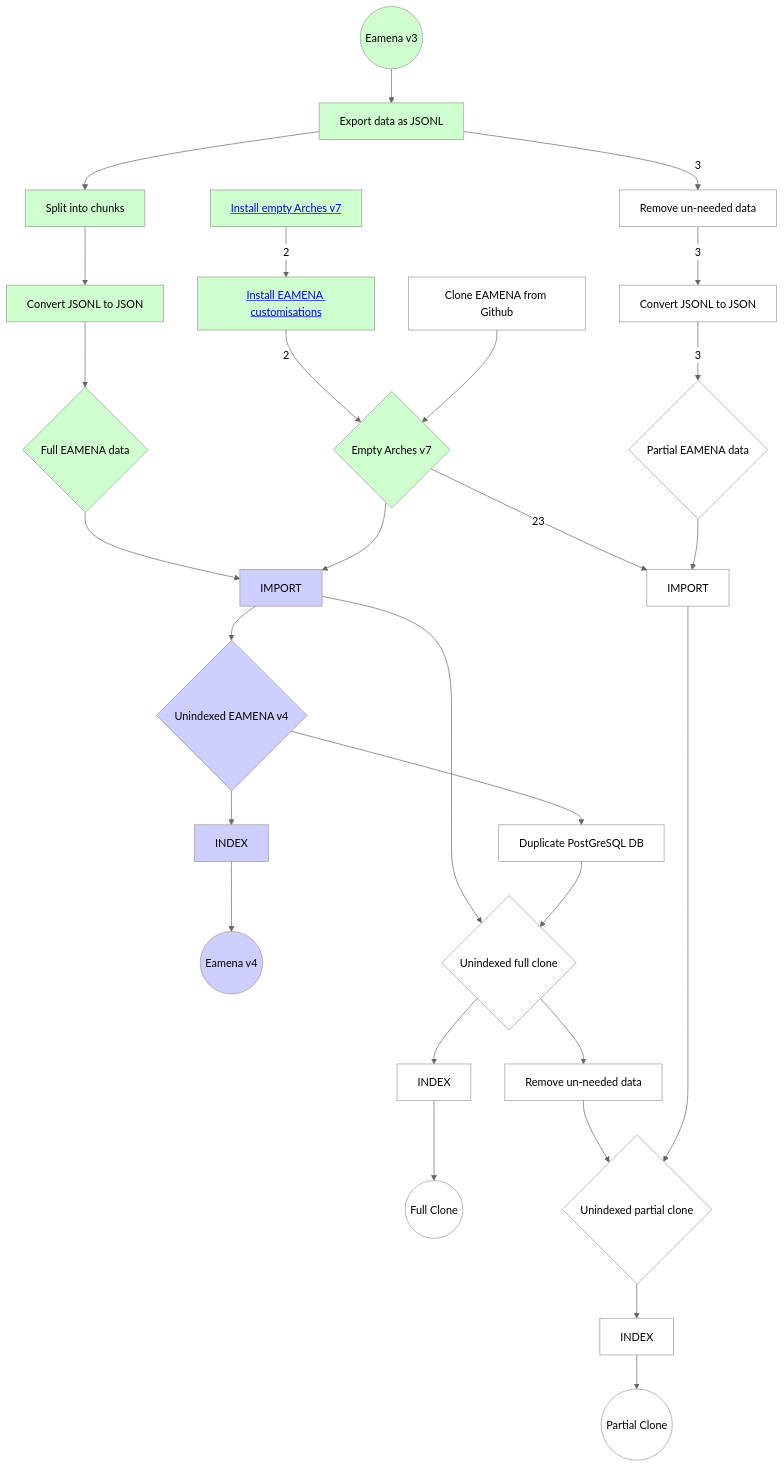
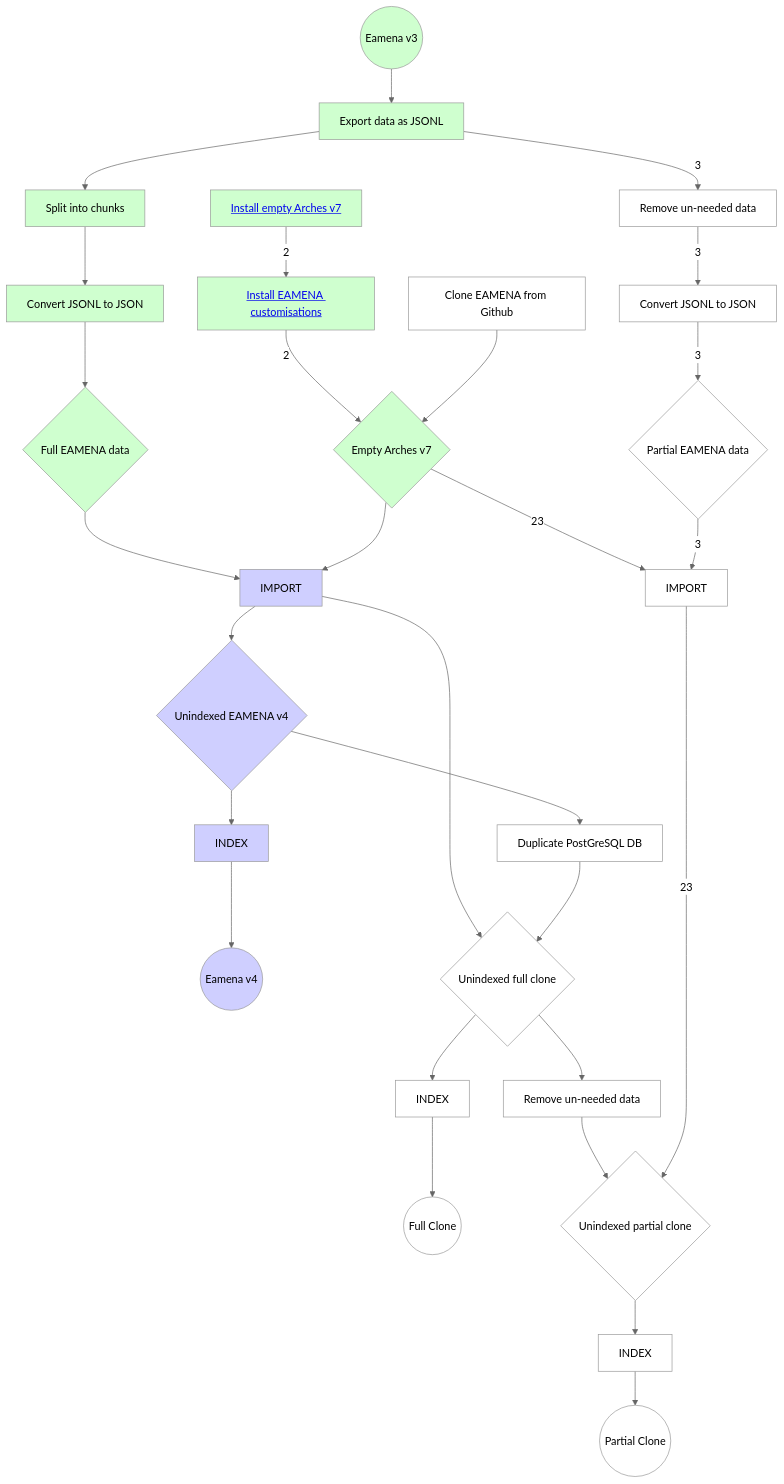
One commit to eamena-project/eamena-arches-dev changed the first of 2 diagrams in dbs/database.eamena/install/README.md. Above: the diagram before and after it, drawn with Mermaid (neutral theme).

Commit message:
db install

````diff
--- a/dbs/database.eamena/install/README.md
+++ b/dbs/database.eamena/install/README.md
@@ -28,55 +28,55 @@
 ```mermaid
 flowchart
 	id1((Eamena v3))-->id2[Export data as JSONL]
 	id2-->id3[Split into chunks]
 	id3-->id4[Convert JSONL to JSON]
 	id4-->id5{Full EAMENA data}
 	id5-->id6[IMPORT]
 	id7[ <a href='https://github.com/eamena-project/eamena-arches-dev/tree/main/dbs/database.eamena/install#install-empty-arches-v7'> Install empty Arches v7 </a>] --2--> id25[ <a href='https://github.com/eamena-project/eamena-arches-dev/tree/main/dbs/database.eamena/install#install-eamena-customisations'>Install EAMENA customisations</a> ]
 	id25 --2--> id8{Empty Arches v7}
 	id9[Clone EAMENA from Github]-->id8
 	id8-->id6
 	id6-->id10{Unindexed EAMENA v4}
 	id10-->id11[Duplicate PostGreSQL DB]
 	id10-->id12[INDEX]
 	id12-->id13((Eamena v4))
 	id2 --3--> id14[Remove un-needed data]
 	id6-->id15{Unindexed full clone}
 	id11-->id15
 	id15-->id16[INDEX]
 	id16-->id17((Full Clone))
 	id18{Unindexed partial clone}-->id19[INDEX]
 	id19-->id20((Partial Clone))
 	id14 --3--> id21[Convert JSONL to JSON]
 	id21 --3--> id22{Partial EAMENA data}
 	id15-->id23[Remove un-needed data]
 	id8 --23--> id24[IMPORT]
-	id22-->id24
+	id22 --3--> id24
 	id23-->id18
-	id24-->id18
+	id24 --23--> id18
 	style id1 fill:#CFFFCF
 	style id2 fill:#CFFFCF
 	style id3 fill:#CFFFCF
 	style id4 fill:#CFFFCF
 	style id5 fill:#CFFFCF
 	style id6 fill:#CFCFFF
 	style id7 fill:#CFFFCF
 	style id8 fill:#CFFFCF
 	style id9 fill:#FFFFFF
 	style id10 fill:#CFCFFF
 	style id11 fill:#FFFFFF
 	style id12 fill:#CFCFFF
 	style id13 fill:#CFCFFF
 	style id14 fill:#FFFFFF
 	style id15 fill:#FFFFFF
 	style id16 fill:#FFFFFF
 	style id17 fill:#FFFFFF
 	style id18 fill:#FFFFFF
 	style id19 fill:#FFFFFF
 	style id20 fill:#FFFFFF
 	style id21 fill:#FFFFFF
 	style id22 fill:#FFFFFF
 	style id23 fill:#FFFFFF
 	style id24 fill:#FFFFFF
 	style id25 fill:#CFFFCF
 ```
````
